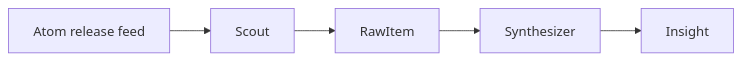
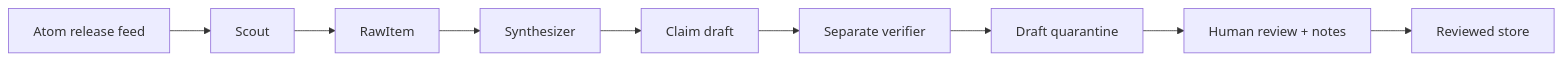
Before and after one commit to iarjunganesh/drift: the second of 3 diagrams in docs/ARCHITECTURE.md, drawn with Mermaid. The commit also changed other lines of this file and 26 other files, not shown here.

````diff
--- a/docs/ARCHITECTURE.md
+++ b/docs/ARCHITECTURE.md
@@ -113,7 +122,11 @@
 ```mermaid
 flowchart LR
     Feed[Atom release feed] --> Scout[Scout]
     Scout --> Raw[RawItem]
     Raw --> Synth[Synthesizer]
-    Synth --> Insight[Insight]
+    Synth --> Draft[Claim draft]
+    Draft --> Verify[Separate verifier]
+    Verify --> Quarantine[Draft quarantine]
+    Quarantine --> Review[Human review + notes]
+    Review --> Store[Reviewed store]
 ```
````
